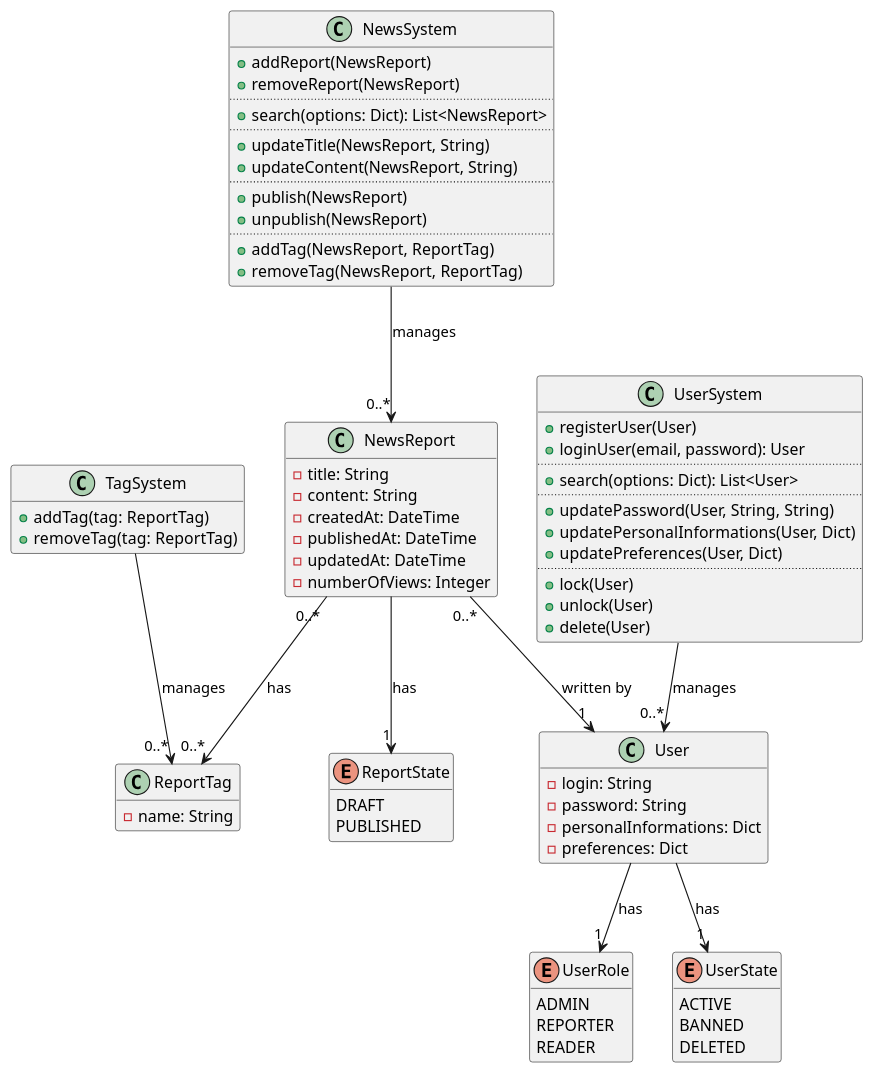
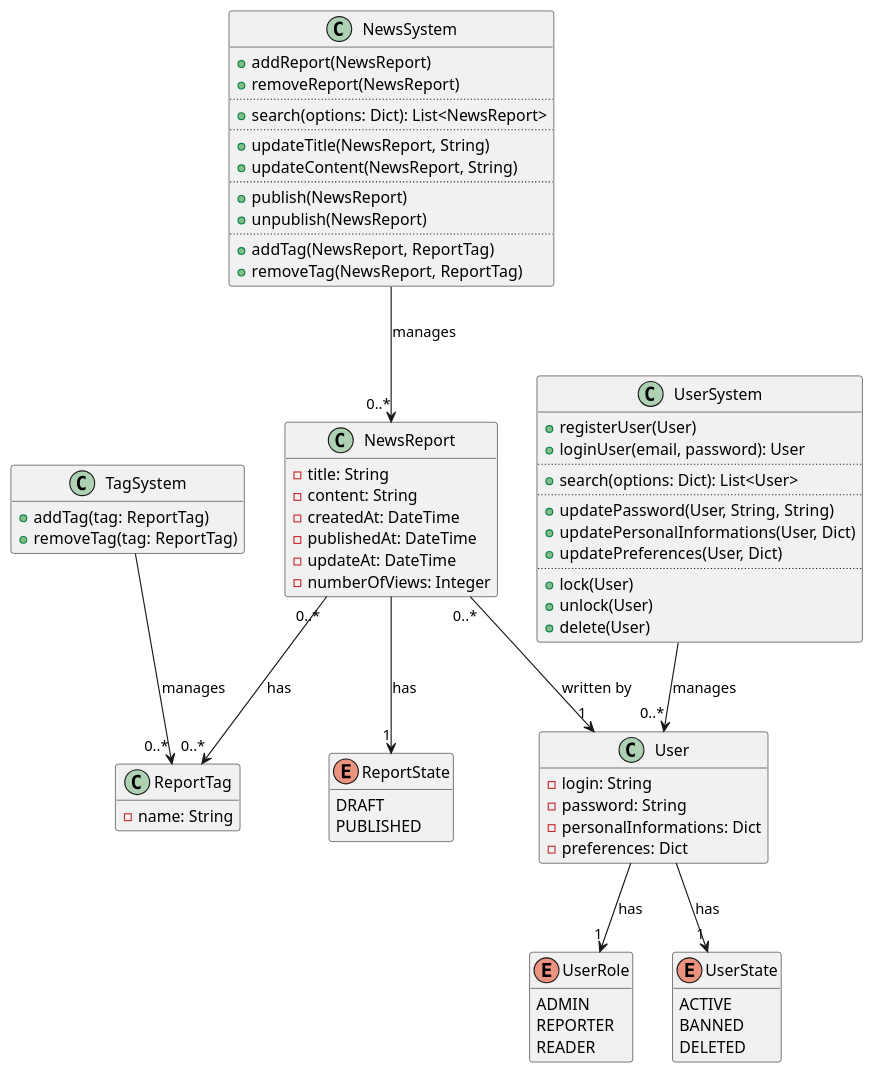
The diagram in conception/class_diagram.puml (Memeel/IMTox), drawn with PlantUML before and after one commit. The commit also changed 6 other files, not shown here.

```diff
--- a/conception/class_diagram.puml
+++ b/conception/class_diagram.puml
@@ -1,90 +1,90 @@
 @startuml IMTox
 
 hide empty members
 
 class NewsReport {
     - title: String
     - content: String
     - createdAt: DateTime
     - publishedAt: DateTime
-    - updatedAt: DateTime
+    - updateAt: DateTime
     - numberOfViews: Integer
 }
 
 class ReportTag {
     - name: String
 }
 
 enum ReportState {
     DRAFT
     PUBLISHED
 }
 
 NewsReport "0..*" --> "0..*" ReportTag : has
 NewsReport --> "1" ReportState : has
 
 class User {
     - login: String
     - password: String
     - personalInformations: Dict
     - preferences: Dict
 }
 
 enum UserRole {
     ADMIN
     REPORTER
     READER
 }
 
 enum UserState {
     ACTIVE
     BANNED
     DELETED
 }
 
 User --> "1" UserRole : has
 User --> "1" UserState : has
 
 NewsReport "0..*" --> "1" User : written by
 
 class NewsSystem {
     + addReport(NewsReport)
     + removeReport(NewsReport)
     ..
     + search(options: Dict): List<NewsReport>
     ..
     + updateTitle(NewsReport, String)
     + updateContent(NewsReport, String)
     ..
     + publish(NewsReport)
     + unpublish(NewsReport)
     ..
     + addTag(NewsReport, ReportTag)
     + removeTag(NewsReport, ReportTag)
 }
 
 class UserSystem {
     + registerUser(User)
     + loginUser(email, password): User
     ..
     + search(options: Dict): List<User>
     ..
     + updatePassword(User, String, String)
     + updatePersonalInformations(User, Dict)
     + updatePreferences(User, Dict)
     ..
     + lock(User)
     + unlock(User)
     + delete(User)
 }
 
 class TagSystem {
     + addTag(tag: ReportTag)
     + removeTag(tag: ReportTag)
 }
 
 UserSystem --> "0..*" User : manages
 NewsSystem --> "0..*" NewsReport : manages
 TagSystem --> "0..*" ReportTag : manages
 
 @enduml
```
